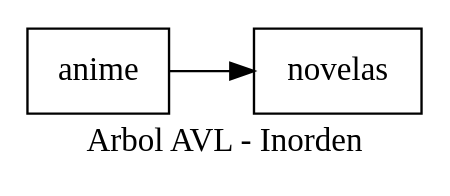
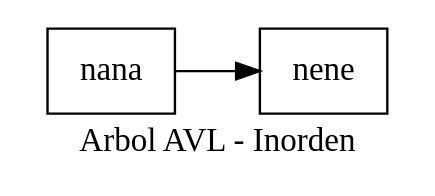
One commit to hr9457/EDD_1S2020_PY2_201314296 changed the diagram in EDD_Proyecto2/ArchivosDot/ArbolInorden.dot. Above: the diagram before and after it, drawn with Graphviz. The commit also changed 18 other files, not shown here.

```diff
--- a/EDD_Proyecto2/ArchivosDot/ArbolInorden.dot
+++ b/EDD_Proyecto2/ArchivosDot/ArbolInorden.dot
@@ -1,8 +1,8 @@
 digraph arbolinorden {
 node [shape = record];
 rankdir=LR;
-nodo0[label="anime"];
-nodo1[label="novelas"];
+nodo0[label="nana"];
+nodo1[label="nene"];
 nodo0->nodo1;
 label = "Arbol AVL - Inorden "
 }
```
